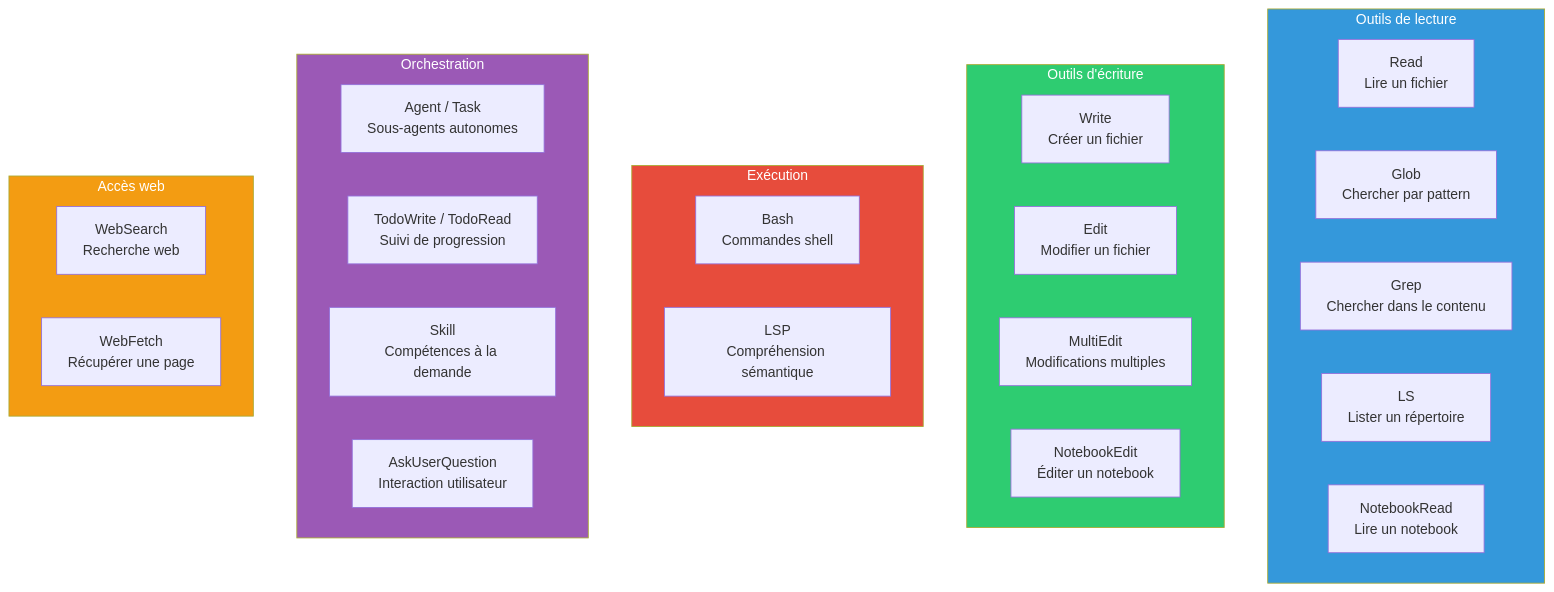
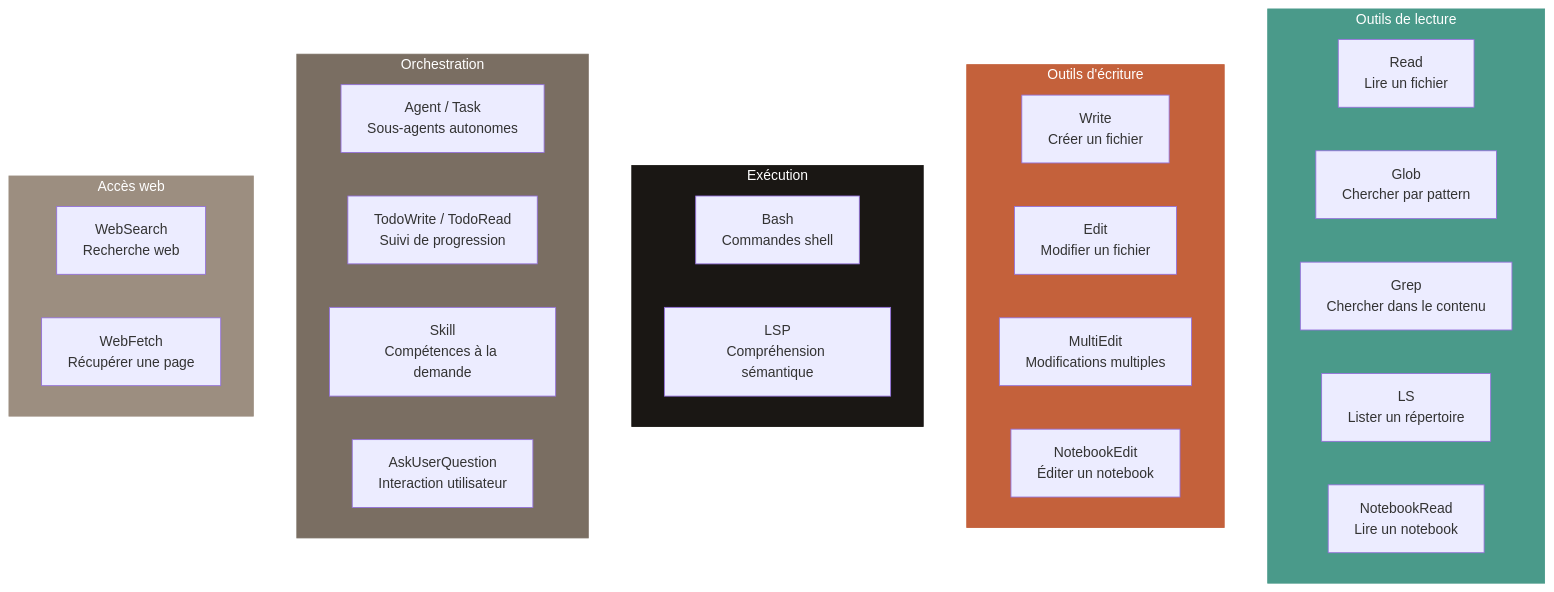
Before and after one commit to BastinFlorian/BastinFlorian.github.io: the third of 8 diagrams in _posts/2026-04-01-claude-code-leak.md, drawn with Mermaid. The commit also changed other lines of this file and 3 other files, not shown here.

First line of the commit message:
FEAT: Add Mermaid diagrams, SVG recap, and fix blog visibility

````diff
--- a/_posts/2026-04-01-claude-code-leak.md
+++ b/_posts/2026-04-01-claude-code-leak.md
@@ -146,40 +150,40 @@
 ```mermaid
 flowchart TB
     subgraph Lecture["Outils de lecture"]
         R1["Read\nLire un fichier"]
         R2["Glob\nChercher par pattern"]
         R3["Grep\nChercher dans le contenu"]
         R4["LS\nLister un répertoire"]
         R5["NotebookRead\nLire un notebook"]
     end
 
     subgraph Ecriture["Outils d'écriture"]
         W1["Write\nCréer un fichier"]
         W2["Edit\nModifier un fichier"]
         W3["MultiEdit\nModifications multiples"]
         W4["NotebookEdit\nÉditer un notebook"]
     end
 
     subgraph Execution["Exécution"]
         B1["Bash\nCommandes shell"]
         B2["LSP\nCompréhension sémantique"]
     end
 
     subgraph Orchestration["Orchestration"]
         O1["Agent / Task\nSous-agents autonomes"]
         O2["TodoWrite / TodoRead\nSuivi de progression"]
         O3["Skill\nCompétences à la demande"]
         O4["AskUserQuestion\nInteraction utilisateur"]
     end
 
     subgraph Web["Accès web"]
         WE1["WebSearch\nRecherche web"]
         WE2["WebFetch\nRécupérer une page"]
     end
 
-    style Lecture fill:#3498db,color:#fff
-    style Ecriture fill:#2ecc71,color:#fff
-    style Execution fill:#e74c3c,color:#fff
-    style Orchestration fill:#9b59b6,color:#fff
-    style Web fill:#f39c12,color:#fff
+    style Lecture fill:#4A9A8A,color:#fff,stroke:#4A9A8A
+    style Ecriture fill:#C4613B,color:#fff,stroke:#C4613B
+    style Execution fill:#1A1714,color:#fff,stroke:#1A1714
+    style Orchestration fill:#7A6E62,color:#fff,stroke:#7A6E62
+    style Web fill:#9C8E80,color:#fff,stroke:#9C8E80
 ```
````
